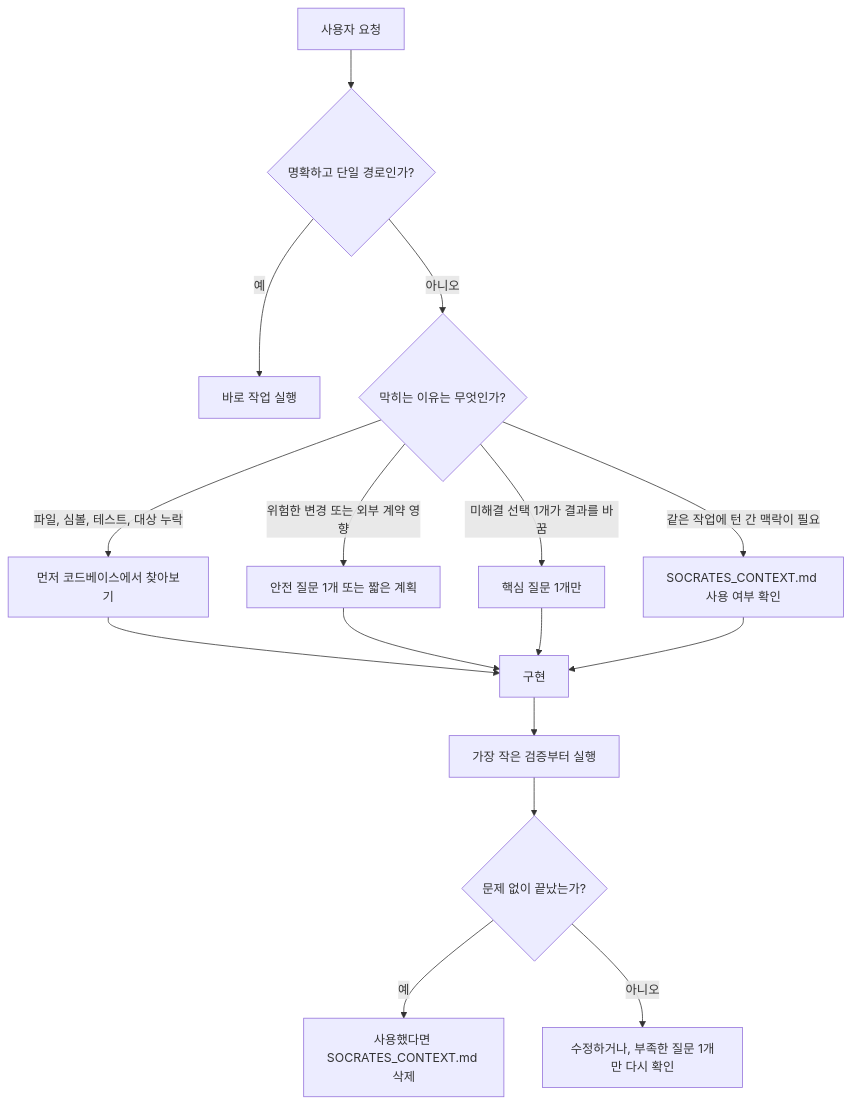
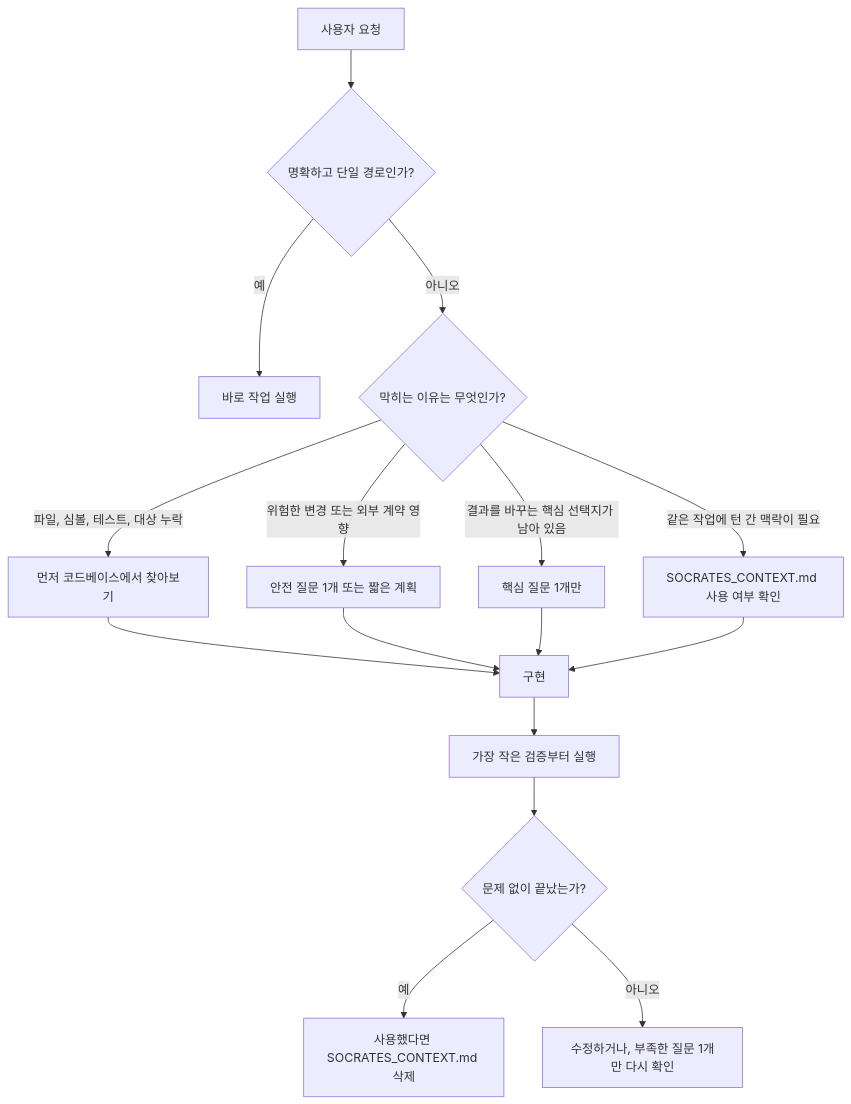
Before and after one commit to jiyeongjun/socrates-protocol: the diagram in README.ko.md, drawn with Mermaid. The commit also changed 1 other file, not shown here.

Commit message:
Refine runtime flow wording

````diff
--- a/README.ko.md
+++ b/README.ko.md
@@ -39,21 +39,21 @@
 ```mermaid
 flowchart TD
     A["사용자 요청"] --> B{"명확하고 단일 경로인가?"}
     B -- "예" --> C["바로 작업 실행"]
     B -- "아니오" --> D{"막히는 이유는 무엇인가?"}
 
     D -- "파일, 심볼, 테스트, 대상 누락" --> E["먼저 코드베이스에서 찾아보기"]
     D -- "위험한 변경 또는 외부 계약 영향" --> F["안전 질문 1개 또는 짧은 계획"]
-    D -- "미해결 선택 1개가 결과를 바꿈" --> G["핵심 질문 1개만"]
+    D -- "결과를 바꾸는 핵심 선택지가 남아 있음" --> G["핵심 질문 1개만"]
     D -- "같은 작업에 턴 간 맥락이 필요" --> H["SOCRATES_CONTEXT.md 사용 여부 확인"]
 
     E --> I["구현"]
     F --> I
     G --> I
     H --> I
 
     I --> J["가장 작은 검증부터 실행"]
     J --> K{"문제 없이 끝났는가?"}
     K -- "예" --> L["사용했다면 SOCRATES_CONTEXT.md 삭제"]
     K -- "아니오" --> M["수정하거나, 부족한 질문 1개만 다시 확인"]
 ```
````
